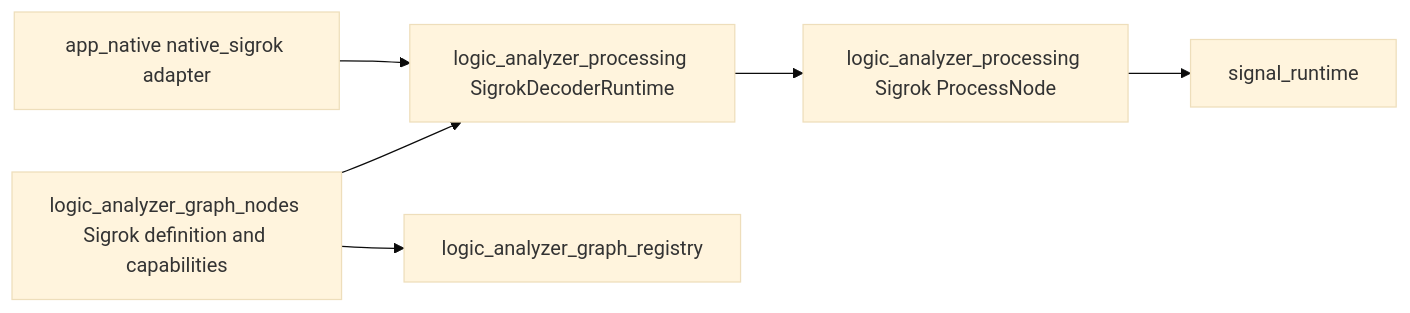
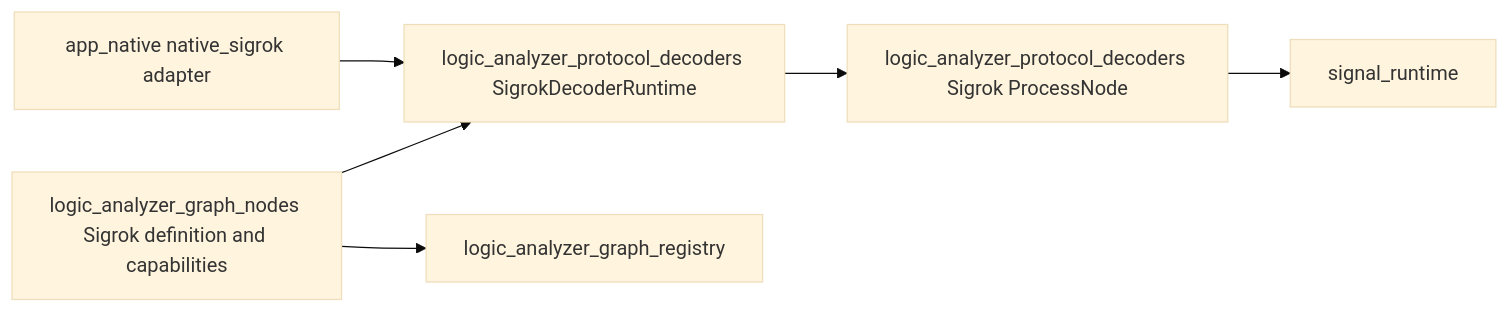
One commit to rcaelers/dsl changed the diagram in docs/integrations/sigrok_python_decoder.md. Above: the diagram before and after it, drawn with Mermaid (base theme). The commit also changed other lines of this file and 248 other files, not shown here.

````diff
--- a/docs/integrations/sigrok_python_decoder.md
+++ b/docs/integrations/sigrok_python_decoder.md
@@ -69,8 +69,8 @@
 ```mermaid
 flowchart LR
-    NativeApp[app_native native_sigrok adapter] --> Contract[logic_analyzer_processing SigrokDecoderRuntime]
-    Contract --> Node[logic_analyzer_processing Sigrok ProcessNode]
+    NativeApp[app_native native_sigrok adapter] --> Contract[logic_analyzer_protocol_decoders SigrokDecoderRuntime]
+    Contract --> Node[logic_analyzer_protocol_decoders Sigrok ProcessNode]
     GraphNode[logic_analyzer_graph_nodes Sigrok definition and capabilities] --> Contract
     GraphNode --> Registry[logic_analyzer_graph_registry]
     Node --> Runtime[signal_runtime]
 ```
````
